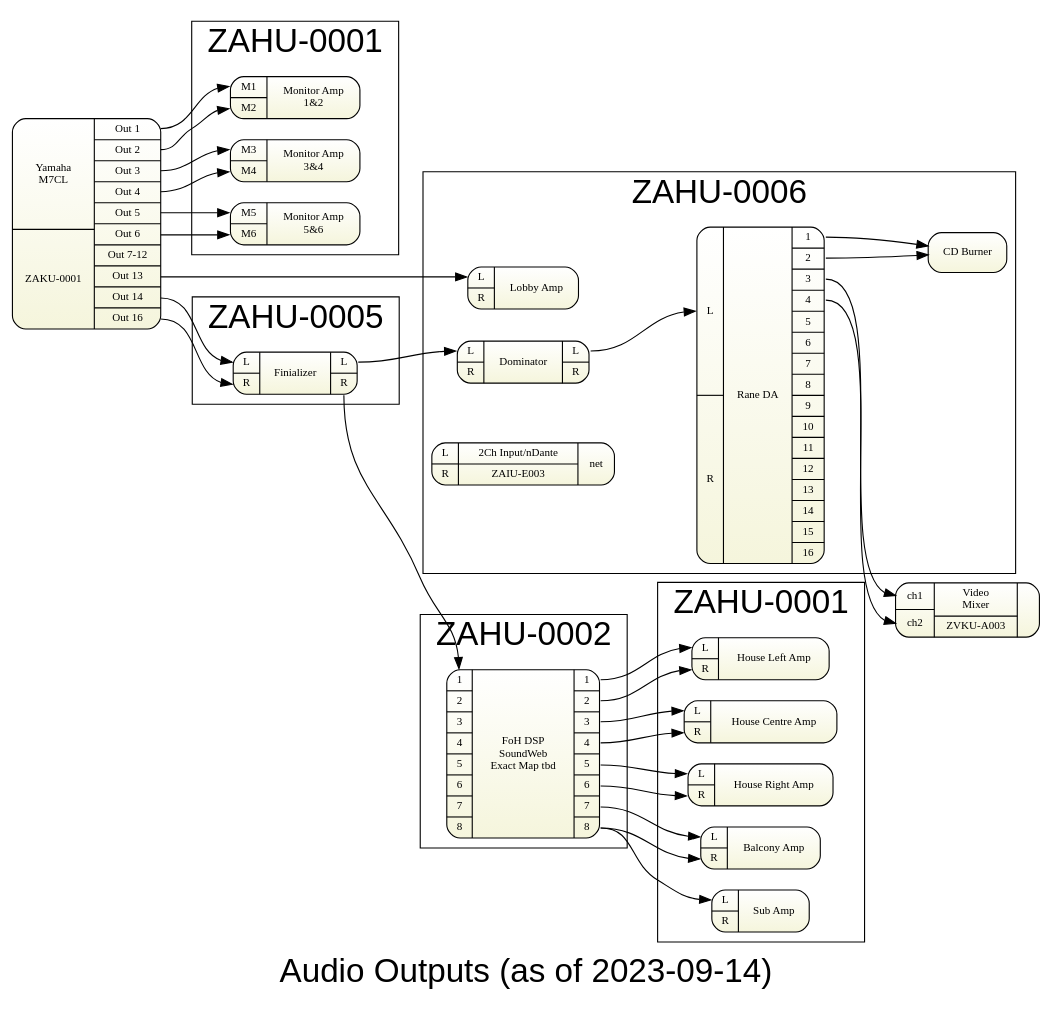
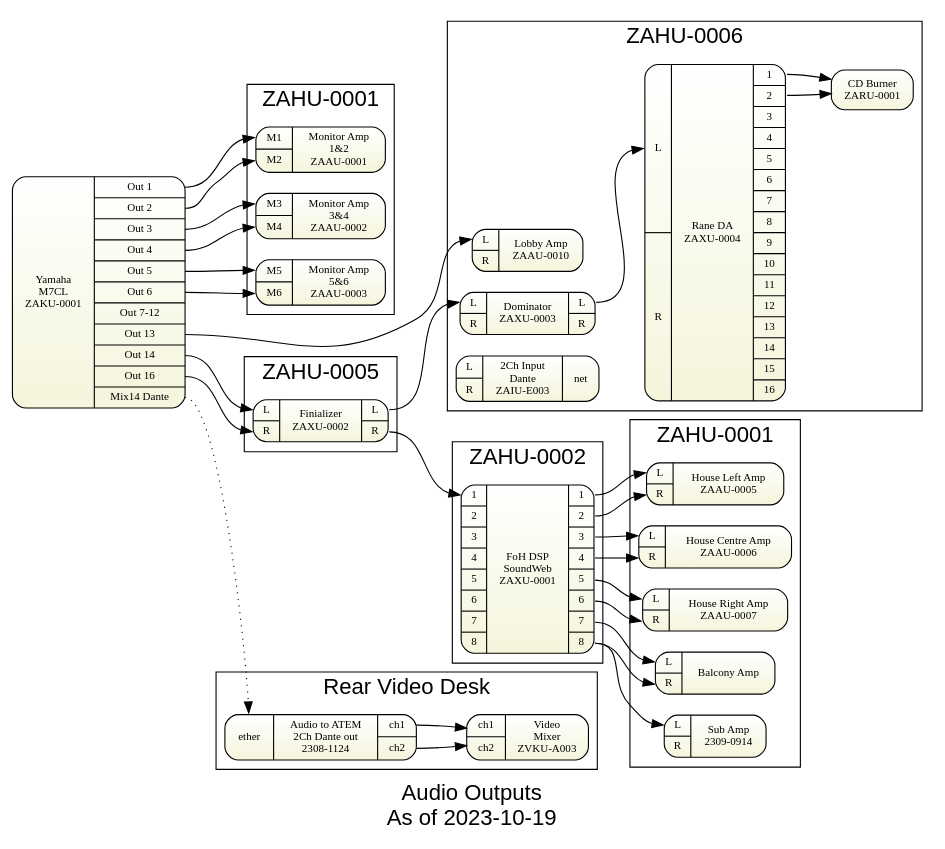
One commit to avmaint/uactechdoc changed the diagram in gv/sda-foh.gv. Above: the diagram before and after it, drawn with Graphviz. The commit also changed 8 other files, not shown here.

```diff
--- a/gv/sda-foh.gv
+++ b/gv/sda-foh.gv
@@ -1,15 +1,15 @@
-digraph outputs { 
-graph [overlap = true, fontsize = 30, rankdir=LR 
-      label="Audio Outputs (as of 2023-09-14)",
+digraph foh_outputs { 
+graph [overlap = true, fontsize = 20, rankdir=LR 
+      label="Audio Outputs\nAs of 2023-10-19",
       fontname = Helvetica]
 
 node [shape=Mrecord, tooltip="" ,  fontsize = 10,
       fillcolor="white:beige" , style=filled  
       gradientangle=270]
 
-m7 [label="
+zaku0001 [label="
 { 
-  {    Yamaha\nM7CL|ZAKU-0001} 
+  {    Yamaha\nM7CL\nZAKU-0001} 
 |{
   <o1>Out 1 
 | <o2>Out 2
@@ -21,6 +21,7 @@
 | <o13>Out 13
 | <o14>Out 14
 | <o16>Out 16
+| <b14>Mix14 Dante
 }
 }
 "]
@@ -31,33 +32,33 @@
 {{
   <i1>M1
 | <i2>M2
-} | Monitor Amp\n1&2}
+} | Monitor Amp\n1&2\nZAAU-0001}
 "]
   
 mon34 [label="
 {{
   <i1>M3
 | <i2>M4
-} | Monitor Amp\n3&4}
+} | Monitor Amp\n3&4\nZAAU-0002}
 "]  
  
 mon56 [label="
 {{
   <i1>M5
 | <i2>M6
-} | Monitor Amp\n5&6}
+} | Monitor Amp\n5&6\nZAAU-0003}
 "]   
  }
-m7:o1 -> mon12:i1
-m7:o2 -> mon12:i2
+zaku0001:o1 -> mon12:i1
+zaku0001:o2 -> mon12:i2
  
-m7:o3 -> mon34:i1
-m7:o4 -> mon34:i2
+zaku0001:o3 -> mon34:i1
+zaku0001:o4 -> mon34:i2
 
-m7:o5 -> mon56:i1
-m7:o6 -> mon56:i2
+zaku0001:o5 -> mon56:i1
+zaku0001:o6 -> mon56:i2
 
-m7:o13 -> lobby:il
+zaku0001:o13 -> lobby:il
 
 subgraph cluster_foh1 {label="ZAHU-0005" 
 
@@ -67,7 +68,7 @@
   <il>L  
 | <ir>R  
 } |
-  {Finializer} 
+  {Finializer\nZAXU-0002} 
 |{
   <ol>L  
 | <or>R  
@@ -83,7 +84,7 @@
   <il>L  
 | <ir>R  
 } |
-  {Dominator} 
+  {Dominator\nZAXU-0003} 
 |{
   <ol>L  
 | <or>R  
@@ -97,7 +98,7 @@
   <il>L  
 | <ir>R  
 } |
-  {Rane DA} 
+  {Rane DA\nZAXU-0004} 
 |{
   <o1>1  
 | <o2>2
@@ -125,7 +126,7 @@
   <ch1>L  
 | <ch2>R  
 } |
-  {2Ch Input/nDante|ZAIU-E003} 
+  {2Ch Input\nDante\nZAIU-E003} 
 |{
   <net>net   
 }
@@ -138,12 +139,12 @@
   <il>L  
 | <ir>R  
 } |
-  {Lobby Amp} 
+  {Lobby Amp\nZAAU-0010} 
 
 }
 "]
 
-burner [label="CD Burner"]
+burner [label="CD Burner\nZARU-0001"]
 
 }
 
@@ -176,28 +177,28 @@
 {{
   <i1>L
 | <i2>R
-} | Sub Amp }
+} | Sub Amp\n2309-0914}
 "]  
 
 amphousel [label="
 {{
   <i1>L
 | <i2>R
-} | House Left Amp }
+} | House Left Amp\nZAAU-0005 }
 "] 
 
 amphousec [label="
 {{
   <i1>L
 | <i2>R
-} | House Centre Amp }
+} | House Centre Amp\nZAAU-0006 }
 "] 
 
 amphouser [label="
 {{
   <i1>L
 | <i2>R
-} | House Right Amp }
+} | House Right Amp\nZAAU-0007 }
 "] 
 
 }
@@ -213,7 +214,7 @@
 | <i6>6
 | <i7>7
 | <i8>8
-} | FoH DSP\nSoundWeb\nExact Map tbd |
+} | FoH DSP\nSoundWeb\nZAXU-0001 |
 {
   <o1>1
 | <o2>2
@@ -227,18 +228,30 @@
 "] 
 }
 
-m7:o14 -> final:il
-m7:o16 -> final:ir
+zaku0001:o14 -> final:il
+zaku0001:o16 -> final:ir
 
 final:ol -> dom:il
 dom:ol -> rane:il
 
-videomix  [label="{{<i1>ch1|<i2>ch2 } |{Video\nMixer|ZVKU-A003}|<o1>}"]
+subgraph cluster_reardesk {
+	label="Rear Video Desk" 
+	zvkua003 [label="{{<i1>ch1|<i2>ch2 } |{Video\nMixer\nZVKU-A003} }"]
+	23081124 [ label= "{
+		{ <ether>ether }
+		| {  Audio to ATEM\n2Ch Dante out\n2308-1124 }
+		|{ <ch1>ch1|<ch2>ch2 } 
+		}"] 
+23081124:ch1 -> zvkua003:ch1
+23081124:ch2 -> zvkua003:ch2
+} // end of subgraph reardesk
+
+
+zaku0001:b14 -> 23081124:ether [style=dotted ]
 
 rane:o1 -> burner:i1
-rane:o2 -> burner:i2
-rane:o3 -> videomix:i1
-rane:o4 -> videomix:i2
+rane:o2 -> burner:i2 
+
 #rane:o15 -> zaiue001:ch1 not implemented
 #rane:o16 -> zaiue001:ch2
 } 
```
